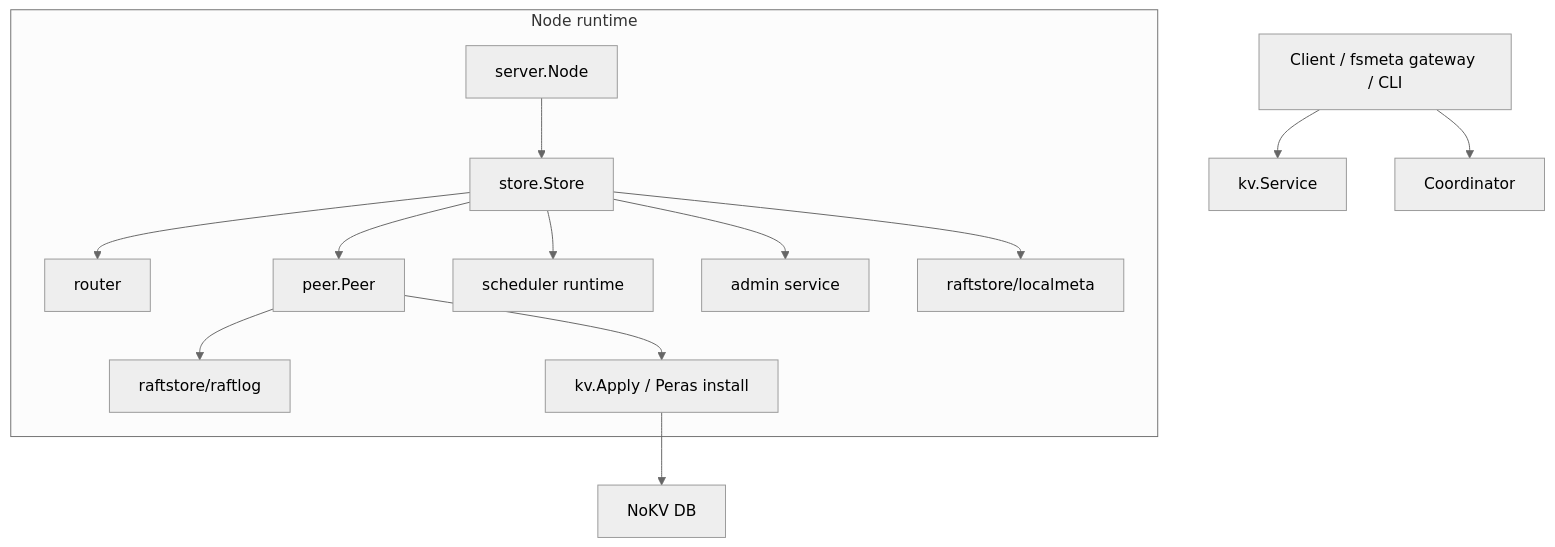
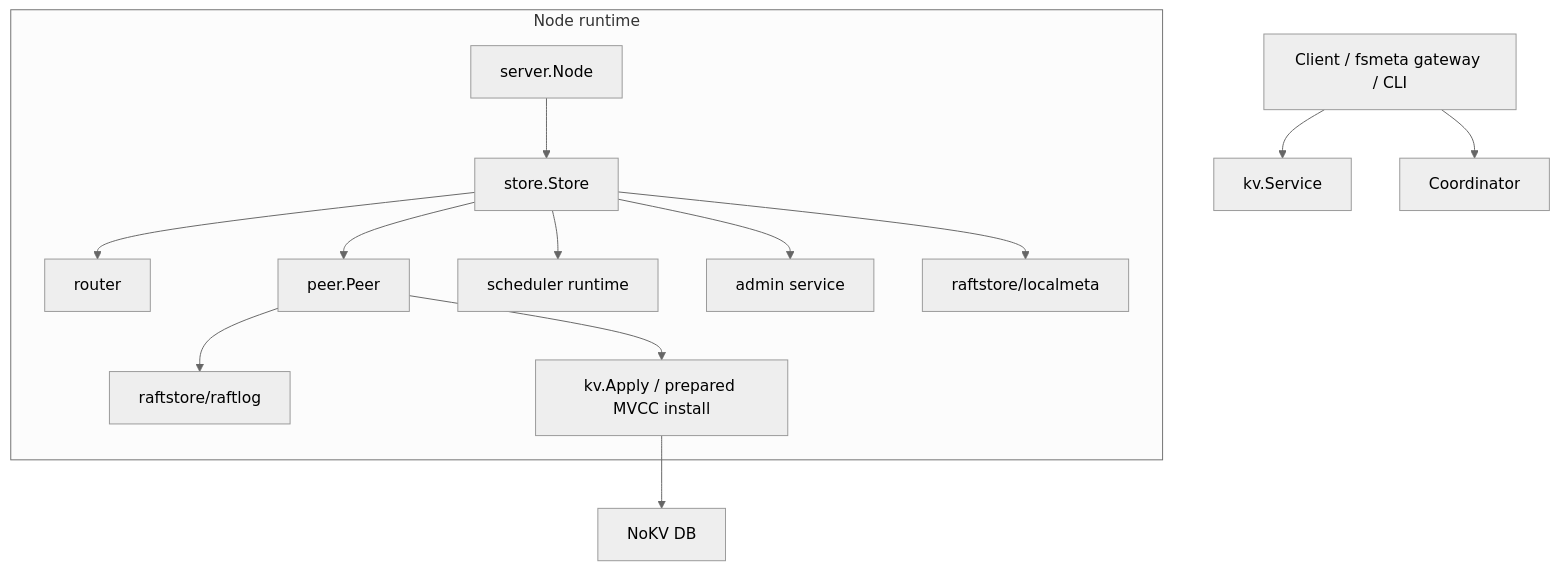
One commit to feichai0017/NoKV changed the first of 2 diagrams in docs/guide/raftstore.md. Above: the diagram before and after it, drawn with Mermaid (neutral theme). The commit also changed other lines of this file and 348 other files, not shown here.

````diff
--- a/docs/guide/raftstore.md
+++ b/docs/guide/raftstore.md
@@ -39,19 +39,19 @@
 ```mermaid
 flowchart TD
     Client["Client / fsmeta gateway / CLI"]
     Client --> KV["kv.Service"]
     Client --> Coordinator["Coordinator"]
 
     subgraph "Node runtime"
         Server["server.Node"] --> Store["store.Store"]
         Store --> Router["router"]
         Store --> Peer["peer.Peer"]
         Store --> Scheduler["scheduler runtime"]
         Store --> Admin["admin service"]
         Store --> Meta["raftstore/localmeta"]
         Peer --> Engine["raftstore/raftlog"]
-        Peer --> Apply["kv.Apply / Peras install"]
+        Peer --> Apply["kv.Apply / prepared MVCC install"]
     end
 
     Apply --> DB["NoKV DB"]
 ```
````
